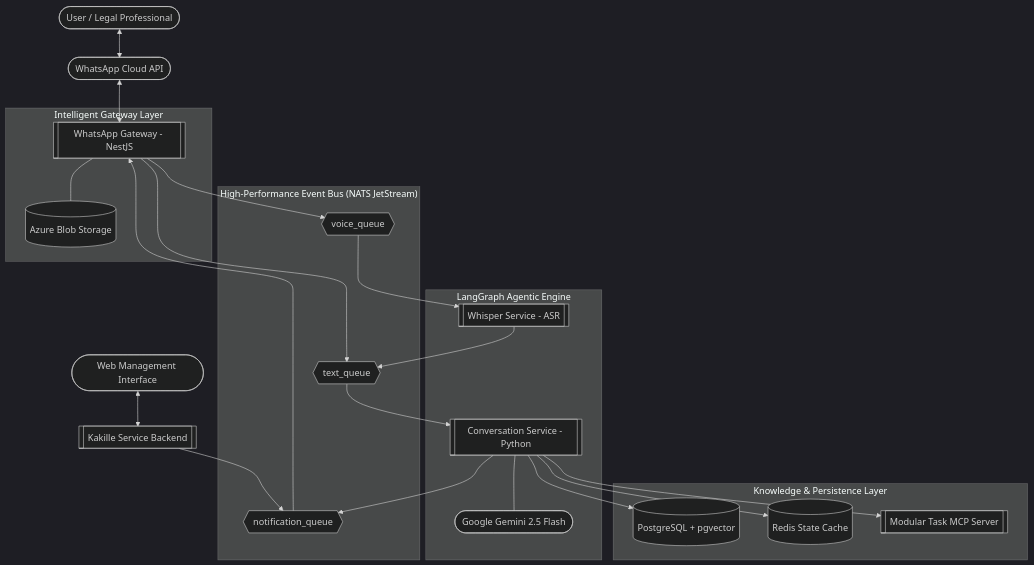
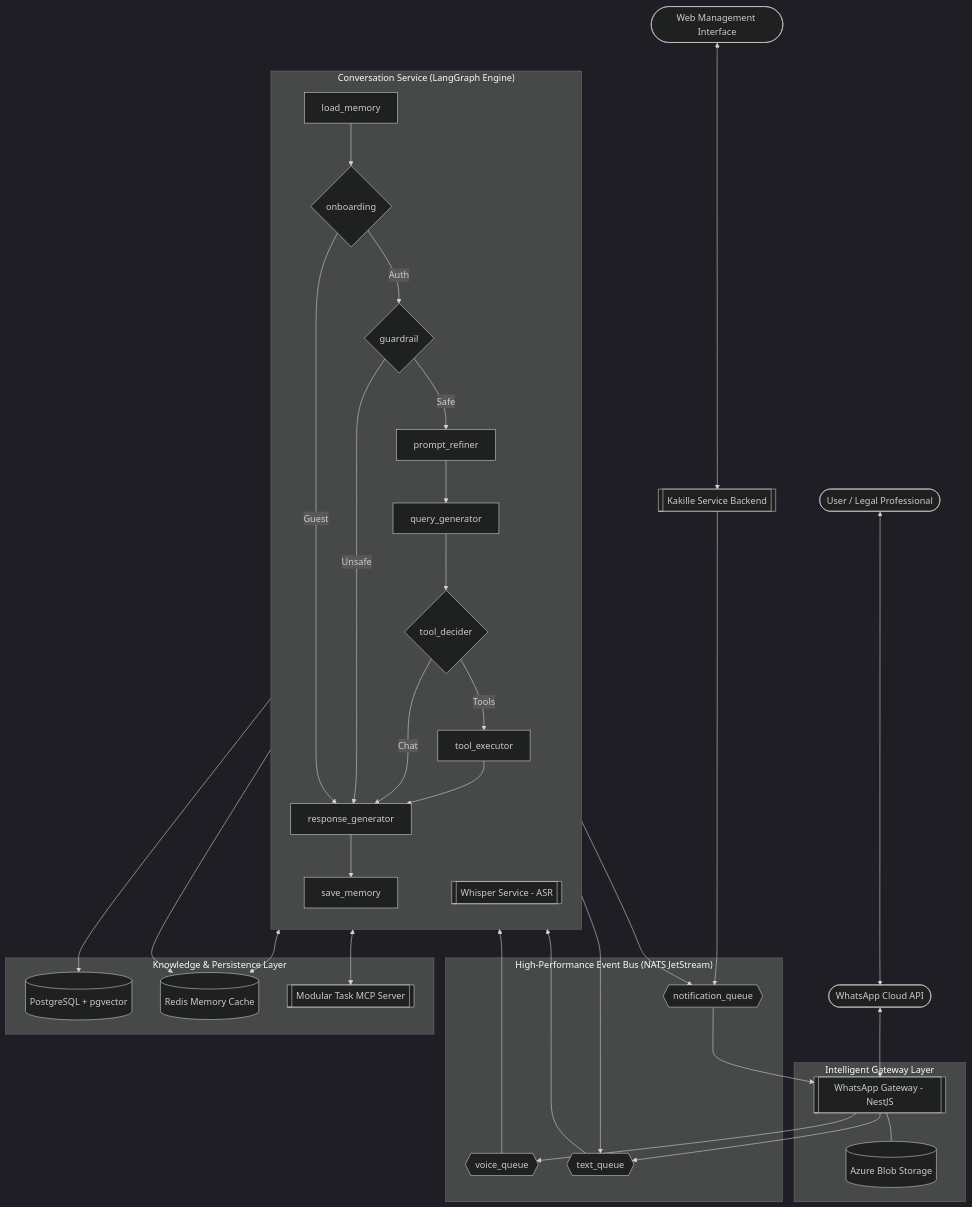
One commit to NayanthaNethsara/thekade-legalaid changed the first of 3 diagrams in docs/architecture.md. Above: the diagram before and after it, drawn with Mermaid (dark theme).

Commit message:
feat: Detail the LangGraph agentic engine's internal flow within the Conversation Service and update related connections and Redis cache naming.

````diff
--- a/docs/architecture.md
+++ b/docs/architecture.md
@@ -13,53 +13,64 @@
 ```mermaid
 graph TD
     %% Users and Interfaces
     User([User / Legal Professional]) <--> WhatsApp([WhatsApp Cloud API])
     WebClient([Web Management Interface]) <--> KakilleService[[Kakille Service Backend]]
     
     %% Communication Layer
     subgraph "Intelligent Gateway Layer"
         Gateway[[WhatsApp Gateway - NestJS]]
         BlobStorage[(Azure Blob Storage)]
         Gateway --- BlobStorage
     end
 
     %% Message Broker
     subgraph "High-Performance Event Bus (NATS JetStream)"
         VoiceQueue{{voice_queue}}
         TextQueue{{text_queue}}
         NotifyQueue{{notification_queue}}
     end
 
-    %% Logic & Processing Layer
-    subgraph "LangGraph Agentic Engine"
+    %% Expanded Logic Layer
+    subgraph "Conversation Service (LangGraph Engine)"
+        direction TB
+        LoadMem[load_memory] --> Onboarding{onboarding}
+        Onboarding --> |Auth| Guard{guardrail}
+        Onboarding --> |Guest| RespGen
+        Guard --> |Safe| Refiner[prompt_refiner]
+        Guard --> |Unsafe| RespGen
+        Refiner --> QueryGen[query_generator]
+        QueryGen --> ToolDecider{tool_decider}
+        ToolDecider --> |Tools| ToolExec[tool_executor]
+        ToolDecider --> |Chat| RespGen
+        ToolExec --> RespGen[response_generator]
+        RespGen --> SaveMem[save_memory]
+        
         Whisper[[Whisper Service - ASR]]
-        ConvService[[Conversation Service - Python]]
-        Gemini([Google Gemini 2.5 Flash])
-        ConvService --- Gemini
     end
 
     %% Database & Tools
     subgraph "Knowledge & Persistence Layer"
         VectorDB[(PostgreSQL + pgvector)]
-        Redis[(Redis State Cache)]
+        Redis[(Redis Memory Cache)]
         MCPServer[[Modular Task MCP Server]]
     end
 
-    %% Connections
+    %% Global Connections
     WhatsApp <--> Gateway
     Gateway --> VoiceQueue
     Gateway --> TextQueue
     
     KakilleService --> NotifyQueue
     
     VoiceQueue --> Whisper
     Whisper --> TextQueue
     
-    TextQueue --> ConvService
-    ConvService --> NotifyQueue
+    TextQueue --> LoadMem
+    SaveMem --> NotifyQueue
     NotifyQueue --> Gateway
     
-    ConvService --> MCPServer
-    ConvService --> VectorDB
-    ConvService --> Redis
+    ToolExec <--> MCPServer
+    LoadMem <--> Redis
+    SaveMem --> Redis
+    ToolExec --> VectorDB
 ```
````
